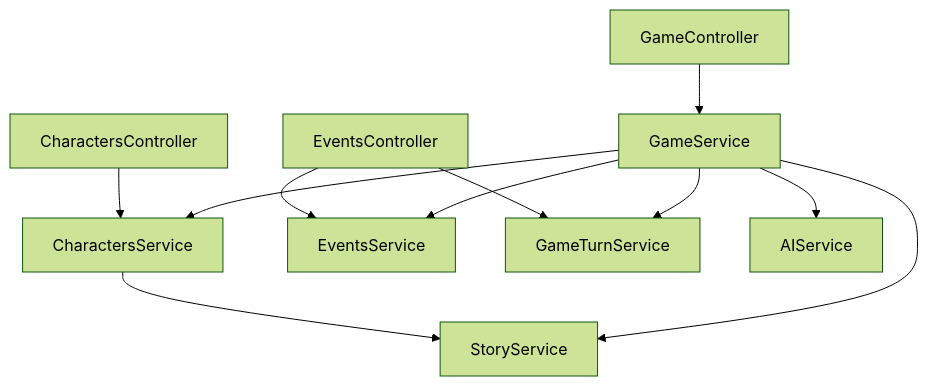
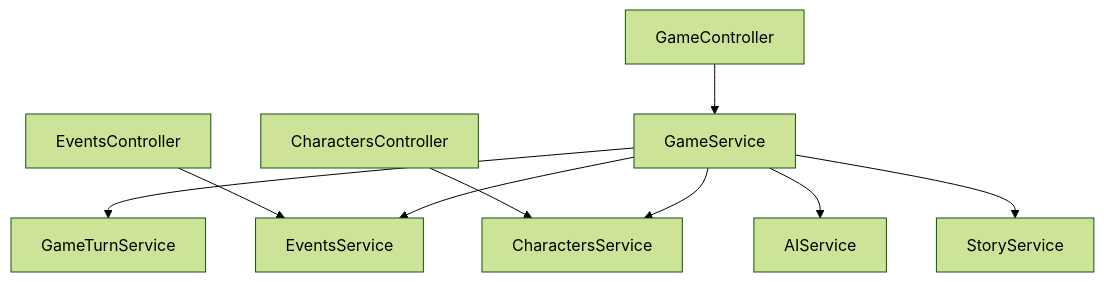
The diagram in architecture.md (MDaams/anydnd-backend), drawn with Mermaid (forest theme) before and after one commit.

Commit message:
Generate architecture

````diff
--- a/architecture.md
+++ b/architecture.md
@@ -3,13 +3,11 @@
 ```mermaid
 graph TD
     CharactersController --> CharactersService
     EventsController --> EventsService
-    EventsController --> GameTurnService
     GameController --> GameService
-    CharactersService --> StoryService
     GameService --> GameTurnService
     GameService --> EventsService
     GameService --> CharactersService
     GameService --> AIService
     GameService --> StoryService
 ```
````
